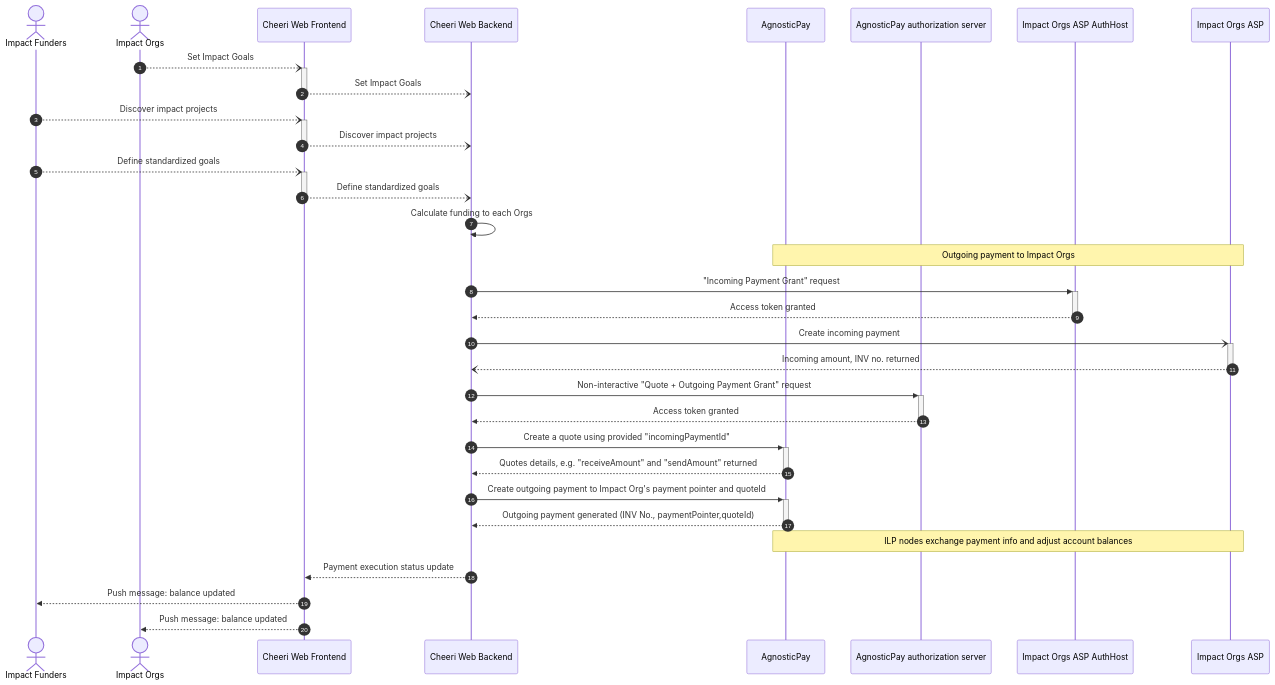
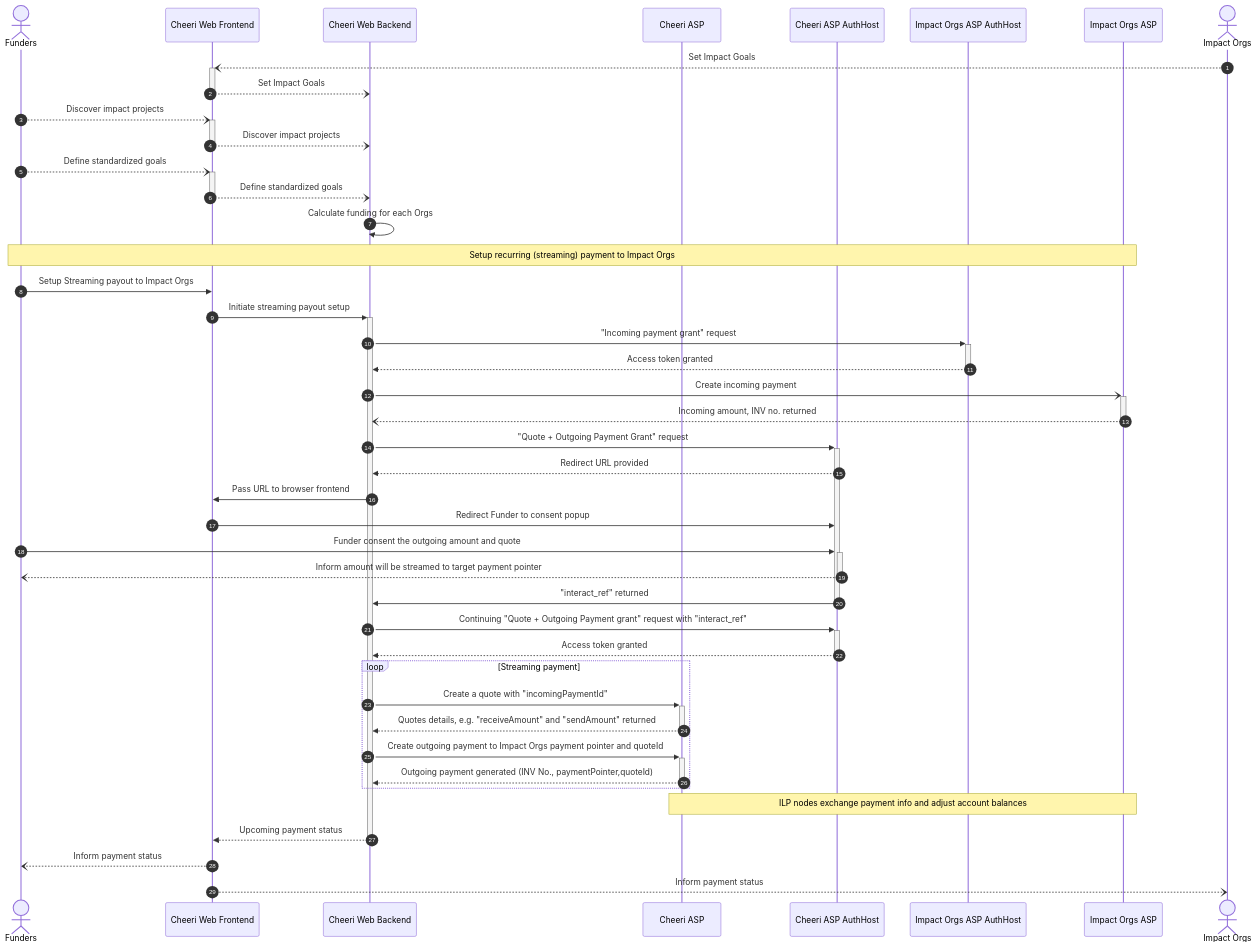
Before and after one commit to anguschiu1/interledger-divao: the diagram in rafiki-divao-demo/demo-Cheeri.md, drawn with Mermaid. The commit also changed other lines of this file and 3 other files, not shown here.

````diff
--- a/rafiki-divao-demo/demo-Cheeri.md
+++ b/rafiki-divao-demo/demo-Cheeri.md
@@ -5,35 +7,50 @@
 ```mermaid
 sequenceDiagram
 autonumber
-actor F as Impact Funders
+actor F as Funders
+participant ChFE as Cheeri Web Frontend
+participant ChBE as Cheeri Web Backend
+participant ChASP as Cheeri ASP
+participant ChASPA as Cheeri ASP AuthHost
+participant ImOASPAuth as Impact Orgs ASP AuthHost
+participant ImOASP as Impact Orgs ASP
 actor I as Impact Orgs
-participant CFE as Cheeri Web Frontend
-participant CBE as Cheeri Web Backend
-participant AP as AgnosticPay
-participant APA as AgnosticPay authorization server
-participant IAAuth as Impact Orgs ASP AuthHost
-participant IA as Impact Orgs ASP
-I--)+CFE: Set Impact Goals
-CFE--)-CBE: Set Impact Goals
-F--)+CFE: Discover impact projects
-CFE--)-CBE: Discover impact projects
-F--)+CFE: Define standardized goals
-CFE--)-CBE: Define standardized goals
-CBE->>CBE: Calculate funding to each Orgs
 
-Note over AP,IA: Outgoing payment to Impact Orgs
-CBE->>+IAAuth: "Incoming Payment Grant" request
-IAAuth-->>-CBE: Access token granted
-CBE-)+IA: Create incoming payment
-IA--)-CBE: Incoming amount, INV no. returned
-CBE->>+APA: Non-interactive "Quote + Outgoing Payment Grant" request
-APA-->>-CBE: Access token granted
-CBE->>+AP: Create a quote using provided "incomingPaymentId"
-AP-->>-CBE: Quotes details, e.g. "receiveAmount" and "sendAmount" returned
-CBE->>+AP: Create outgoing payment to Impact Org's payment pointer and quoteId
-AP-->>-CBE: Outgoing payment generated (INV No., paymentPointer,quoteId)
-Note over AP, IA: ILP nodes exchange payment info and adjust account balances
-CBE-->>CFE: Payment execution status update
-CFE-->>F: Push message: balance updated
-CFE-->>I: Push message: balance updated
+I--)+ChFE: Set Impact Goals
+ChFE--)-ChBE: Set Impact Goals
+F--)+ChFE: Discover impact projects
+ChFE--)-ChBE: Discover impact projects
+F--)+ChFE: Define standardized goals
+ChFE--)-ChBE: Define standardized goals
+ChBE->>ChBE: Calculate funding for each Orgs
+
+Note over F,ImOASP: Setup recurring (streaming) payment to Impact Orgs
+F->>ChFE: Setup Streaming payout to Impact Orgs
+ChFE->>+ChBE: Initiate streaming payout setup
+ChBE->>+ImOASPAuth: "Incoming payment grant" request
+ImOASPAuth-->>-ChBE: Access token granted
+ChBE-)+ImOASP: Create incoming payment
+ImOASP--)-ChBE: Incoming amount, INV no. returned
+
+ChBE->>+ChASPA: "Quote + Outgoing Payment Grant" request
+ChASPA-->>ChBE: Redirect URL provided
+ChBE->>ChFE: Pass URL to browser frontend
+
+ChFE->>ChASPA: Redirect Funder to consent popup
+F->>+ChASPA: Funder consent the outgoing amount and quote
+ChASPA--)-F: Inform amount will be streamed to target payment pointer
+ChASPA->>-ChBE: "interact_ref" returned
+
+ChBE->>+ChASPA: Continuing "Quote + Outgoing Payment grant" request with "interact_ref"
+ChASPA-->>-ChBE: Access token granted
+loop Streaming payment
+ChBE->>+ChASP: Create a quote with "incomingPaymentId"
+ChASP-->>-ChBE: Quotes details, e.g. "receiveAmount" and "sendAmount" returned
+ChBE->>+ChASP: Create outgoing payment to Impact Orgs payment pointer and quoteId
+ChASP-->>-ChBE: Outgoing payment generated (INV No., paymentPointer,quoteId)
+end
+Note over ChASP, ImOASP: ILP nodes exchange payment info and adjust account balances
+ChBE-->>-ChFE: Upcoming payment status
+ChFE--)F: Inform payment status
+ChFE--)I: Inform payment status
 ```
````
